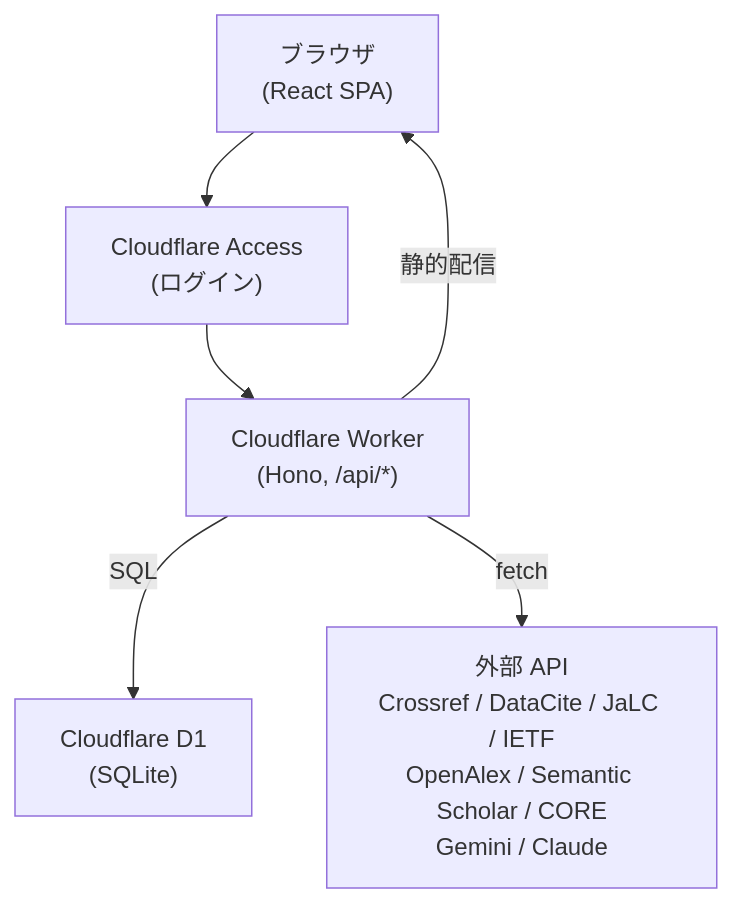
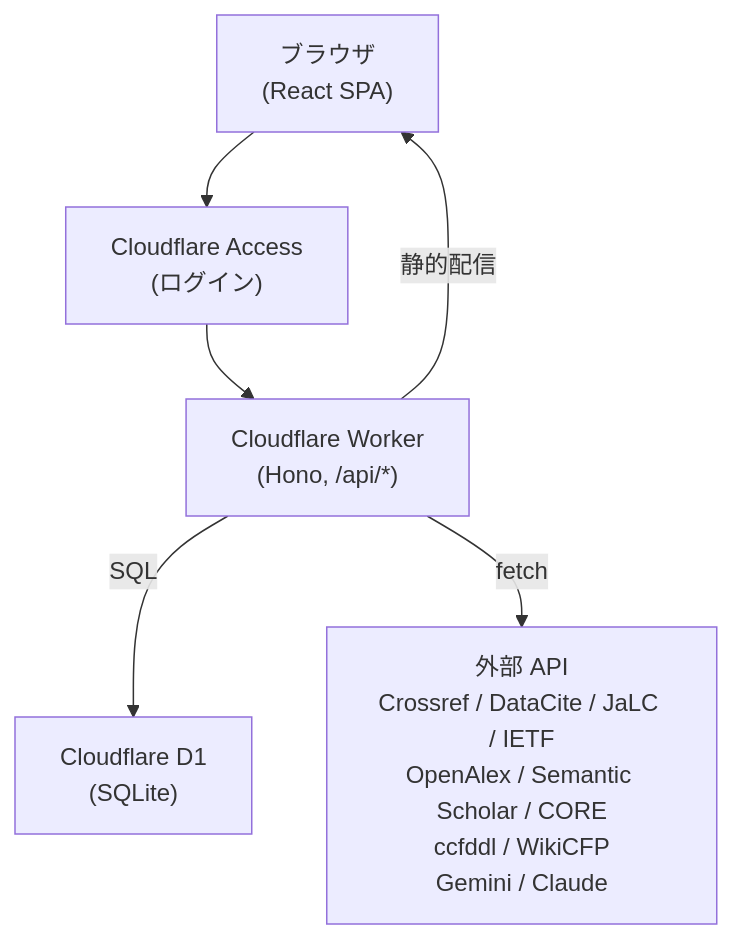
One commit to y-kzm/daicho changed the diagram in README.md. Above: the diagram before and after it, drawn with Mermaid. The commit also changed other lines of this file and 11 other files, not shown here.

````diff
--- a/README.md
+++ b/README.md
@@ -131,13 +145,13 @@
 ```mermaid
 flowchart TD
     Browser["ブラウザ<br>(React SPA)"]
     Access["Cloudflare Access<br>(ログイン)"]
     Worker["Cloudflare Worker<br>(Hono, /api/*)"]
     D1["Cloudflare D1<br>(SQLite)"]
-    Ext["外部 API<br>Crossref / DataCite / JaLC / IETF<br>OpenAlex / Semantic Scholar / CORE<br>Gemini / Claude"]
+    Ext["外部 API<br>Crossref / DataCite / JaLC / IETF<br>OpenAlex / Semantic Scholar / CORE<br>ccfddl / WikiCFP<br>Gemini / Claude"]
 
     Browser --> Access --> Worker
     Worker -- "静的配信" --> Browser
     Worker -- "SQL" --> D1
     Worker -- "fetch" --> Ext
 ```
````
